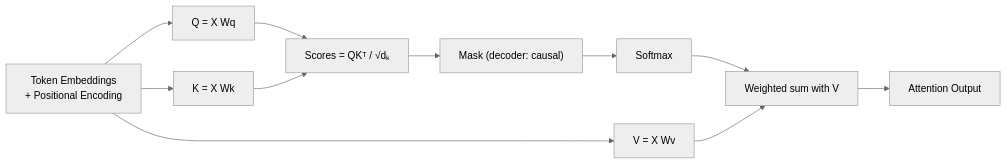
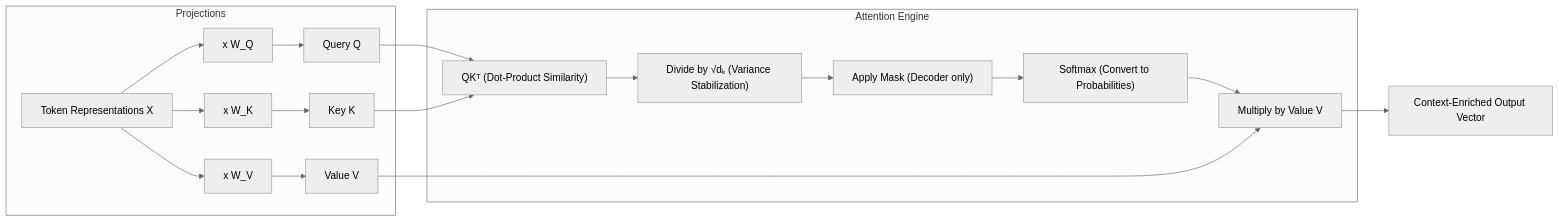
Before and after one commit to 1345AbhishekKumar/cs-cookbook: the fifth of 8 diagrams in content/docs/ai-agents/agentic-ai/01-transformer-architecture-foundations.mdx, drawn with Mermaid (neutral theme). The commit also changed other lines of this file and 299 other files, not shown here.

````diff
--- a/content/docs/ai-agents/agentic-ai/01-transformer-architecture-foundations.mdx
+++ b/content/docs/ai-agents/agentic-ai/01-transformer-architecture-foundations.mdx
@@ -139,13 +276,20 @@
 ```mermaid
 flowchart LR
-    X["Token Embeddings<br/>+ Positional Encoding"] --> Q["Q = X Wq"]
-    X --> K["K = X Wk"]
-    X --> V["V = X Wv"]
-    Q --> S["Scores = QKᵀ / √dₖ"]
-    K --> S
-    S --> M["Mask (decoder: causal)"]
-    M --> SM["Softmax"]
-    SM --> O["Weighted sum with V"]
-    V --> O
-    O --> Out["Attention Output"]
+    subgraph Inputs["Projections"]
+        X["Token Representations X"] --> WQ["x W_Q"] --> Q["Query Q"]
+        X --> WK["x W_K"] --> K["Key K"]
+        X --> WV["x W_V"] --> V["Value V"]
+    end
+
+    subgraph AttentionEngine["Attention Engine"]
+        Q --> Dot["QKᵀ (Dot-Product Similarity)"]
+        K --> Dot
+        Dot --> Scale["Divide by √dₖ (Variance Stabilization)"]
+        Scale --> Mask["Apply Mask (Decoder only)"]
+        Mask --> SM["Softmax (Convert to Probabilities)"]
+        SM --> Weight["Multiply by Value V"]
+        V --> Weight
+    end
+
+    Weight --> Out["Context-Enriched Output Vector"]
 ```
````
